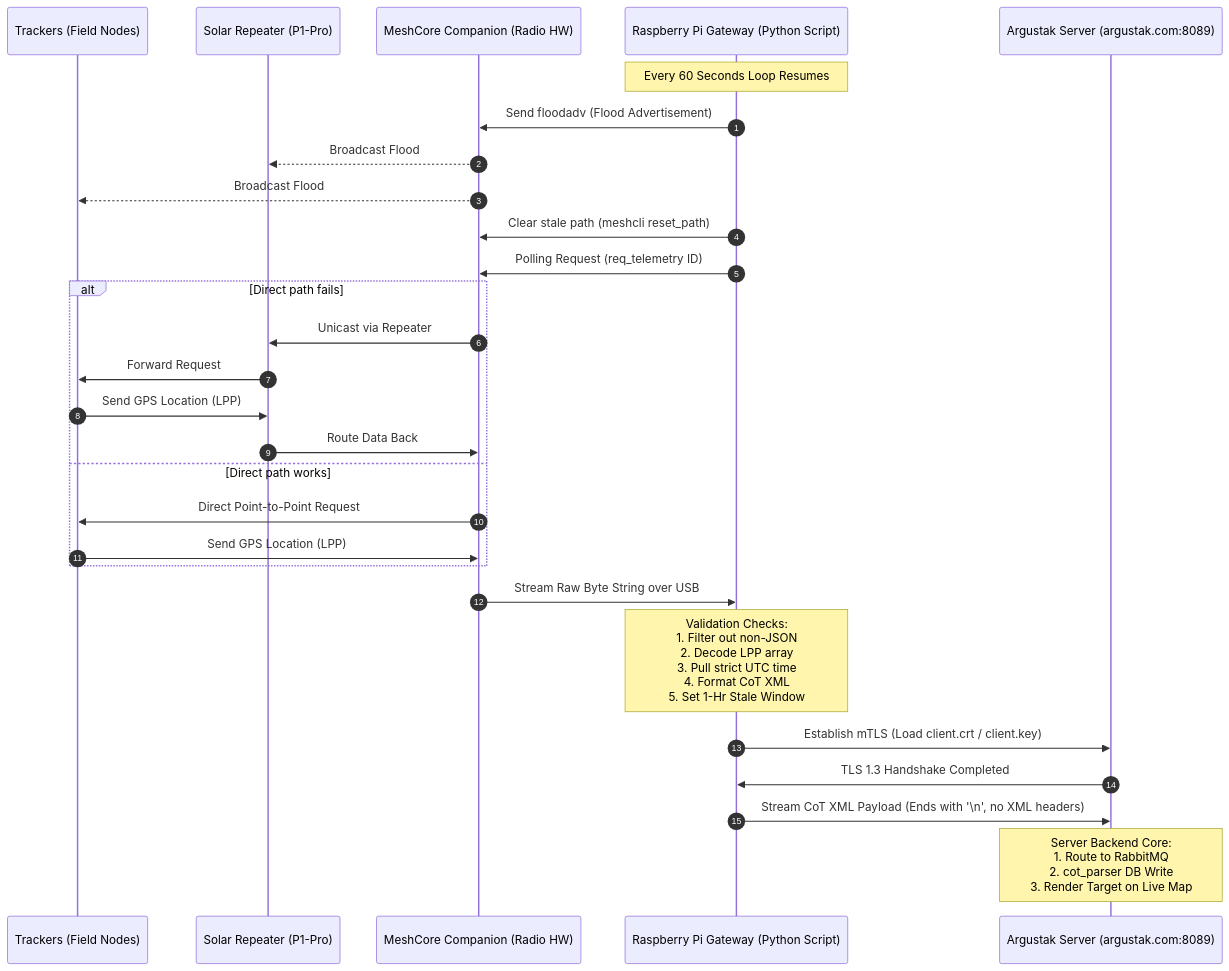
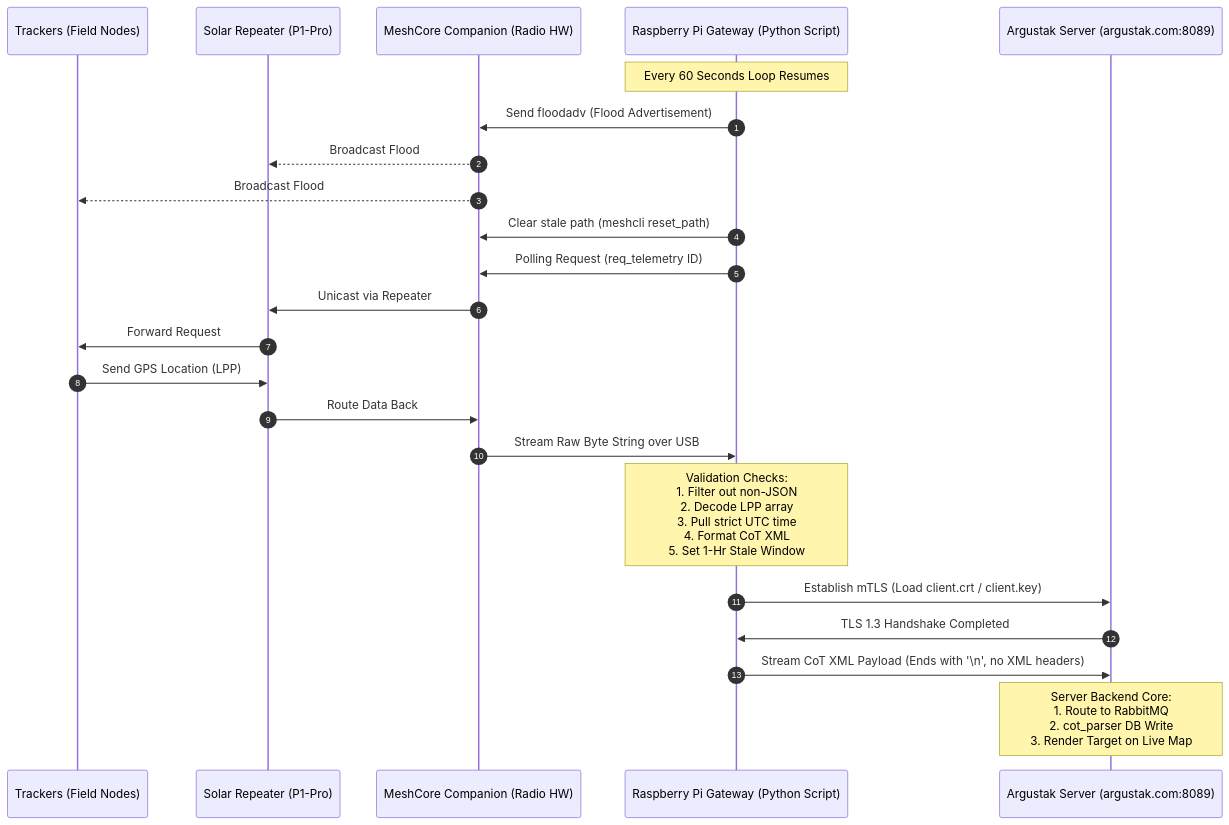
One commit to DrGeeks/Meshcore-TAK-Gateway changed the second of 2 diagrams in README.md. Above: the diagram before and after it, drawn with Mermaid.

Commit message:
Update README.md
Correction to sequence diagram

````diff
--- a/README.md
+++ b/README.md
@@ -151,39 +151,34 @@
 ```mermaid
 sequenceDiagram
     autonumber
     participant Trackers as Trackers (Field Nodes)
     participant Repeater as Solar Repeater (P1-Pro)
     participant Radio as MeshCore Companion (Radio HW)
     participant Pi as Raspberry Pi Gateway (Python Script)
     participant Server as Argustak Server (argustak.com:8089)
 
     note over Pi: Every 60 Seconds Loop Resumes
     Pi->>Radio: Send floodadv (Flood Advertisement)
     Radio-->>Repeater: Broadcast Flood
     Radio-->>Trackers: Broadcast Flood
     
     Pi->>Radio: Clear stale path (meshcli reset_path)
     Pi->>Radio: Polling Request (req_telemetry ID)
-    
-    alt Direct path fails
-        Radio->>Repeater: Unicast via Repeater
-        Repeater->>Trackers: Forward Request
-        Trackers->>Repeater: Send GPS Location (LPP)
-        Repeater->>Radio: Route Data Back
-    else Direct path works
-        Radio->>Trackers: Direct Point-to-Point Request
-        Trackers->>Radio: Send GPS Location (LPP)
-    end
+
+    Radio->>Repeater: Unicast via Repeater
+    Repeater->>Trackers: Forward Request
+    Trackers->>Repeater: Send GPS Location (LPP)
+    Repeater->>Radio: Route Data Back
 
     Radio->>Pi: Stream Raw Byte String over USB
     
     note over Pi: Validation Checks:<br/>1. Filter out non-JSON<br/>2. Decode LPP array<br/>3. Pull strict UTC time<br/>4. Format CoT XML<br/>5. Set 1-Hr Stale Window
     
     Pi->>Server: Establish mTLS (Load client.crt / client.key)
     Server->>Pi: TLS 1.3 Handshake Completed
     Pi->>Server: Stream CoT XML Payload (Ends with '\n', no XML headers)
     
     note over Server: Server Backend Core:<br/>1. Route to RabbitMQ<br/>2. cot_parser DB Write<br/>3. Render Target on Live Map
 
 
 ```
````
